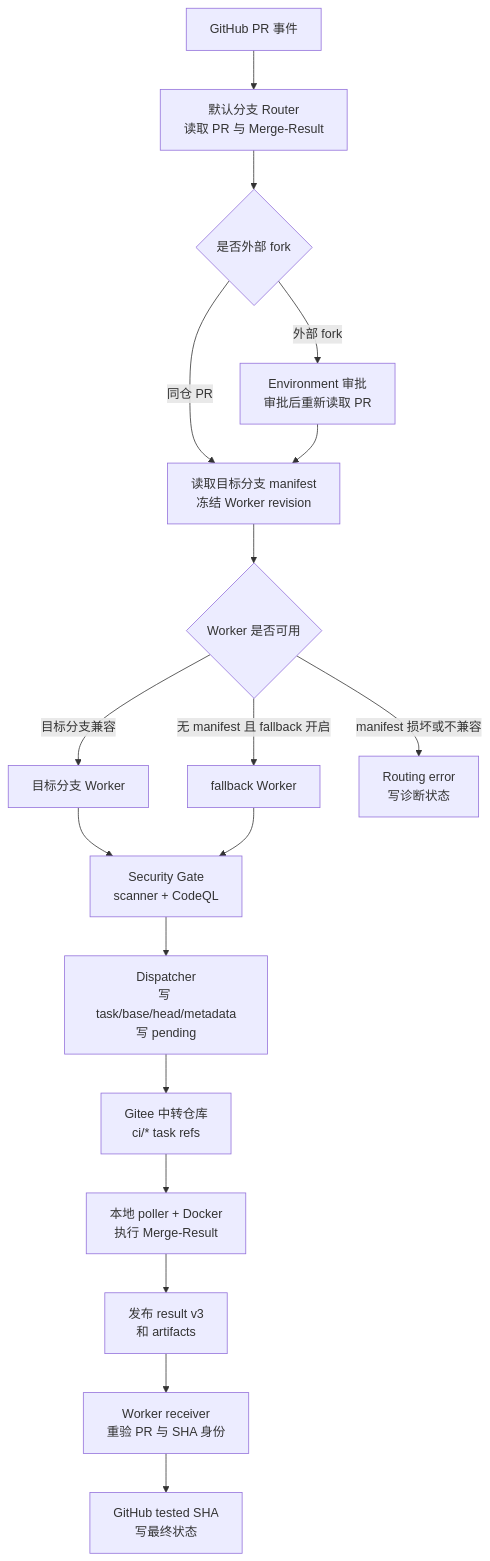
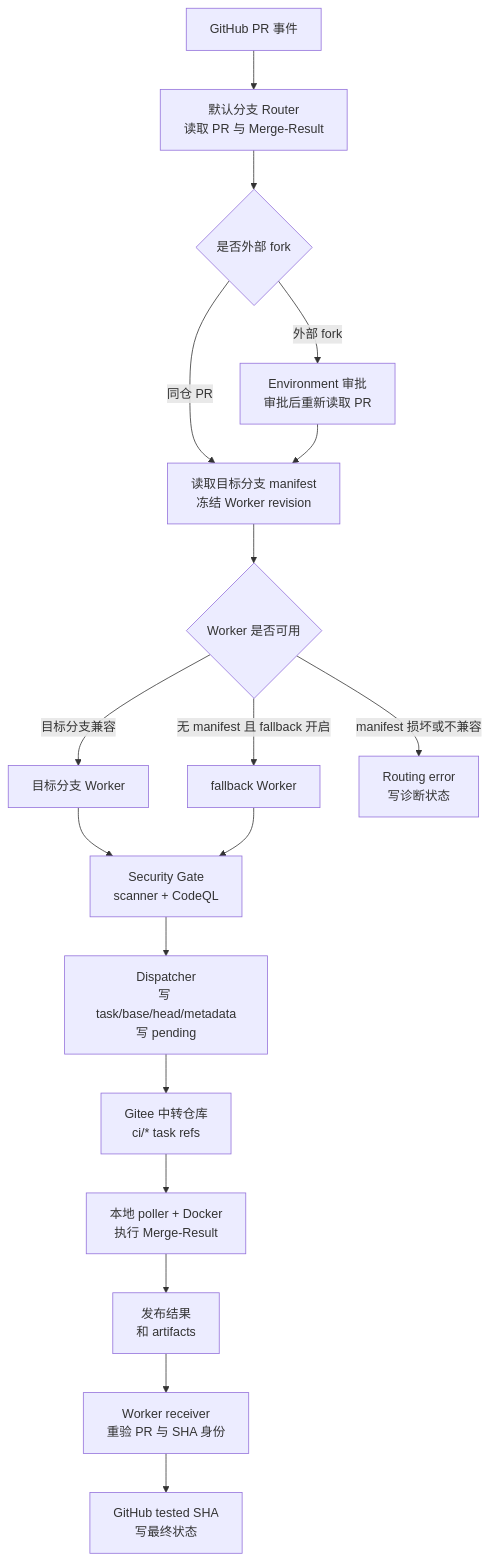
One commit to anteloper-c/triton-anchor changed the second of 2 diagrams in docs/ci_guide_zh_update.md. Above: the diagram before and after it, drawn with Mermaid. The commit also changed other lines of this file and 13 other files, not shown here.

````diff
--- a/docs/ci_guide_zh_update.md
+++ b/docs/ci_guide_zh_update.md
@@ -147,21 +156,21 @@
 ```mermaid
 flowchart TB
   PR["GitHub PR 事件"] --> Router["默认分支 Router\n读取 PR 与 Merge-Result"]
   Router --> Fork{"是否外部 fork"}
   Fork -->|同仓 PR| Manifest["读取目标分支 manifest\n冻结 Worker revision"]
   Fork -->|外部 fork| Approval["Environment 审批\n审批后重新读取 PR"] --> Manifest
 
   Manifest --> Choice{"Worker 是否可用"}
   Choice -->|目标分支兼容| Target["目标分支 Worker"]
   Choice -->|无 manifest 且 fallback 开启| Fallback["fallback Worker"]
   Choice -->|manifest 损坏或不兼容| Error["Routing error\n写诊断状态"]
 
   Target --> Security["Security Gate\nscanner + CodeQL"]
   Fallback --> Security
   Security --> Dispatch["Dispatcher\n写 task/base/head/metadata\n写 pending"]
   Dispatch --> Relay["Gitee 中转仓库\nci/* task refs"]
   Relay --> Local["本地 poller + Docker\n执行 Merge-Result"]
-  Local --> Publish["发布 result v3\n和 artifacts"]
+  Local --> Publish["发布结果\n和 artifacts"]
   Publish --> Receiver["Worker receiver\n重验 PR 与 SHA 身份"]
   Receiver --> Status["GitHub tested SHA\n写最终状态"]
 ```
````
